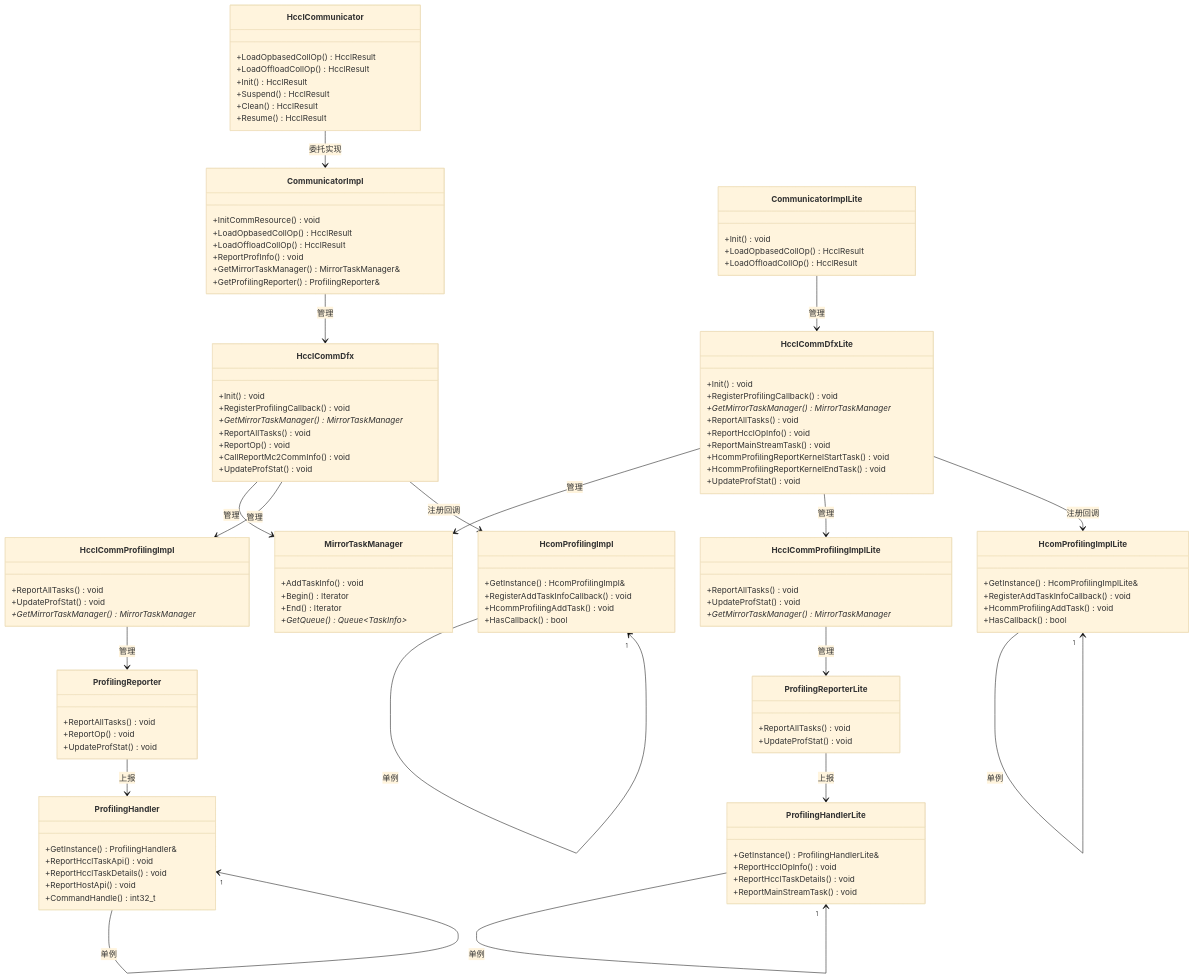
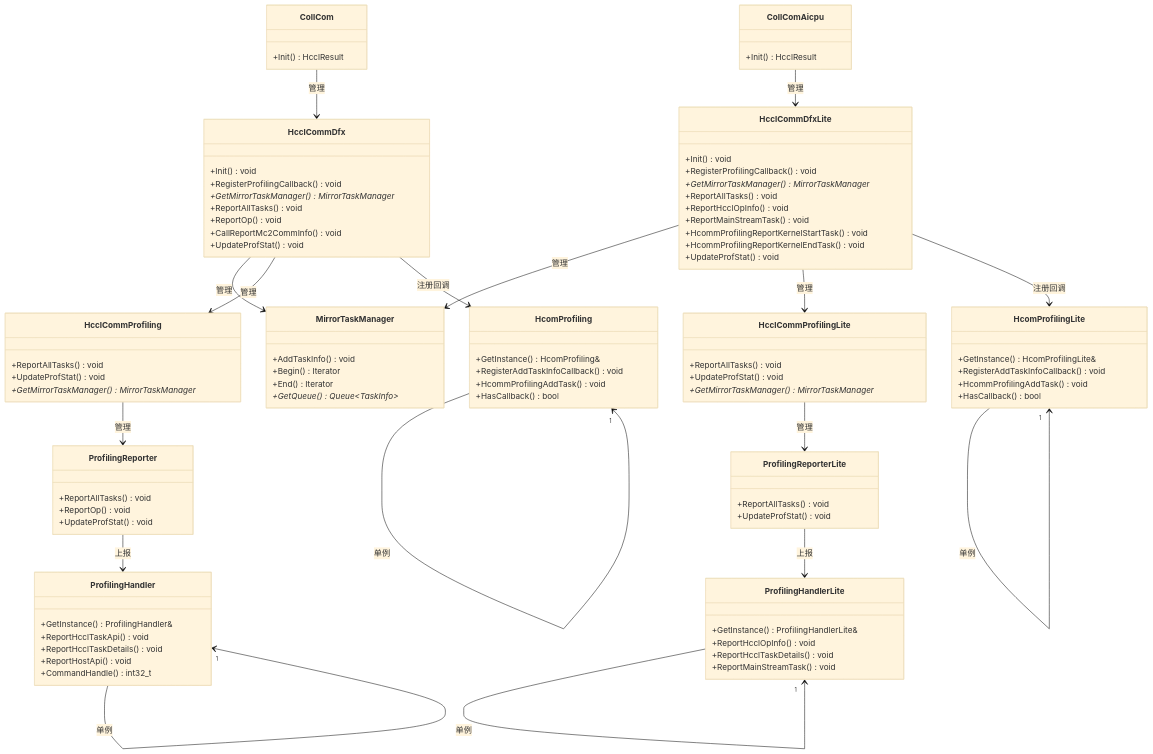
Before and after one commit to libochao-huawei/hcomm: the diagram in Profiling功能重构与DFX管理类设计文档.md, drawn with Mermaid (base theme). The commit also changed other lines of this file, not shown here.

Commit message:
profiling fix

````diff
--- a/Profiling功能重构与DFX管理类设计文档.md
+++ b/Profiling功能重构与DFX管理类设计文档.md
@@ -134,22 +132,9 @@
 ```mermaid
 classDiagram
     %% Host环境类图
-    class HcclCommunicator {
-        +LoadOpbasedCollOp() HcclResult
-        +LoadOffloadCollOp() HcclResult
+    
+    class CollCom {
         +Init() HcclResult
-        +Suspend() HcclResult
-        +Clean() HcclResult
-        +Resume() HcclResult
-    }
-    
-    class CommunicatorImpl {
-        +InitCommResource() void
-        +LoadOpbasedCollOp() HcclResult
-        +LoadOffloadCollOp() HcclResult
-        +ReportProfInfo() void
-        +GetMirrorTaskManager() MirrorTaskManager&
-        +GetProfilingReporter() ProfilingReporter&
     }
     
     class HcclCommDfx {
@@ -170,7 +155,7 @@
         +GetQueue() Queue~TaskInfo~*
     }
     
-    class HcclCommProfilingImpl {
+    class HcclCommProfiling  {
         +ReportAllTasks() void
         +UpdateProfStat() void
         +GetMirrorTaskManager() MirrorTaskManager*
@@ -190,18 +175,16 @@
         +CommandHandle() int32_t
     }
     
-    class HcomProfilingImpl {
-        +GetInstance() HcomProfilingImpl&
+    class HcomProfiling {
+        +GetInstance() HcomProfiling&
         +RegisterAddTaskInfoCallback() void
         +HcommProfilingAddTask() void
         +HasCallback() bool
     }
     
     %% AICPU环境类图
-    class CommunicatorImplLite {
-        +Init() void
-        +LoadOpbasedCollOp() HcclResult
-        +LoadOffloadCollOp() HcclResult
+    class CollComAicpu {
+        +Init() HcclResult
     }
     
     class HcclCommDfxLite {
@@ -219,7 +202,7 @@
 
 
     
-    class HcclCommProfilingImplLite {
+    class HcclCommProfilingLite {
         +ReportAllTasks() void
         +UpdateProfStat() void
         +GetMirrorTaskManager() MirrorTaskManager*
@@ -237,33 +220,32 @@
         +ReportMainStreamTask() void
     }
     
-    class HcomProfilingImplLite {
-        +GetInstance() HcomProfilingImplLite&
+    class HcomProfilingLite {
+        +GetInstance() HcomProfilingLite&
         +RegisterAddTaskInfoCallback() void
         +HcommProfilingAddTask() void
         +HasCallback() bool
     }
     
     %% Host环境关系
-    HcclCommunicator --> CommunicatorImpl : 委托实现
-    CommunicatorImpl --> HcclCommDfx : 管理
+    CollCom --> HcclCommDfx : 管理
     HcclCommDfx --> MirrorTaskManager : 管理
-    HcclCommDfx --> HcclCommProfilingImpl : 管理
-    HcclCommProfilingImpl --> ProfilingReporter : 管理
+    HcclCommDfx --> HcclCommProfiling  : 管理
+    HcclCommProfiling  --> ProfilingReporter : 管理
     ProfilingReporter --> ProfilingHandler : 上报
-    HcclCommDfx --> HcomProfilingImpl : 注册回调
+    HcclCommDfx --> HcomProfiling : 注册回调
     
     %% AICPU环境关系
-    CommunicatorImplLite --> HcclCommDfxLite : 管理
+    CollComAicpu --> HcclCommDfxLite : 管理
     HcclCommDfxLite --> MirrorTaskManager : 管理
-    HcclCommDfxLite --> HcclCommProfilingImplLite : 管理
-    HcclCommProfilingImplLite --> ProfilingReporterLite : 管理
+    HcclCommDfxLite --> HcclCommProfilingLite : 管理
+    HcclCommProfilingLite --> ProfilingReporterLite : 管理
     ProfilingReporterLite --> ProfilingHandlerLite : 上报
-    HcclCommDfxLite --> HcomProfilingImplLite : 注册回调
+    HcclCommDfxLite --> HcomProfilingLite : 注册回调
     
     %% 单例关系
     ProfilingHandler --> "1" ProfilingHandler : 单例
     ProfilingHandlerLite --> "1" ProfilingHandlerLite : 单例
-    HcomProfilingImpl --> "1" HcomProfilingImpl : 单例
-    HcomProfilingImplLite --> "1" HcomProfilingImplLite : 单例
+    HcomProfiling --> "1" HcomProfiling : 单例
+    HcomProfilingLite --> "1" HcomProfilingLite : 单例
 ```
````
